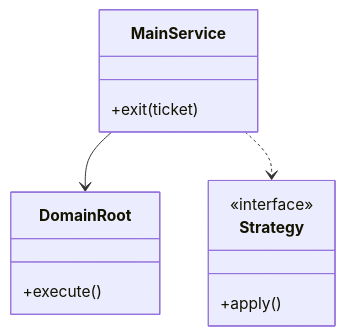
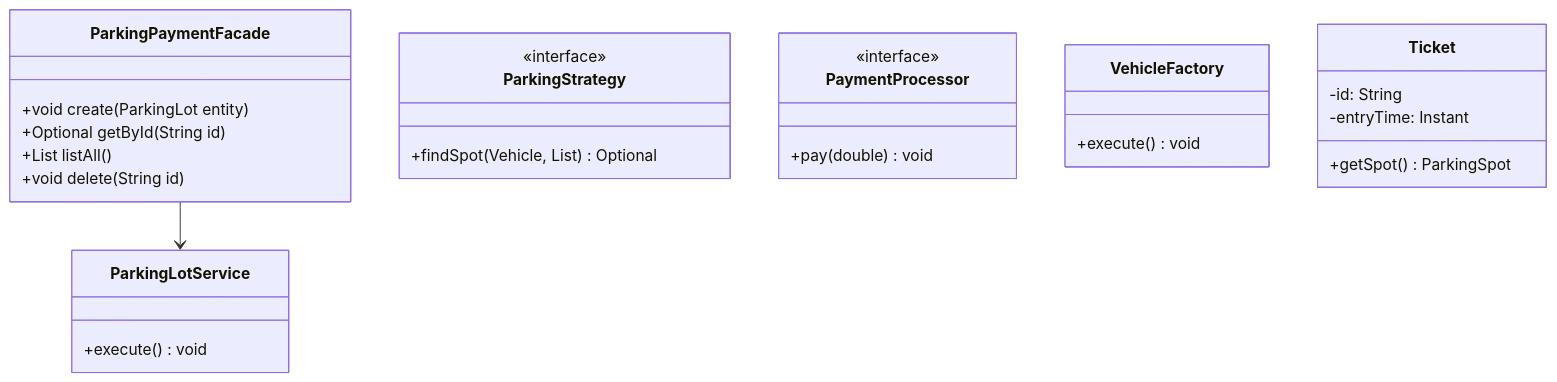
Before and after one commit to madhupaila/Interview-Prep-SSE: the first of 3 diagrams in Learn/System Design - Low Level Design/03-design-patterns/questions/Q25-combo-parking-payment.md, drawn with Mermaid. The commit also changed other lines of this file and 491 other files, not shown here.

````diff
--- a/Learn/System Design - Low Level Design/03-design-patterns/questions/Q25-combo-parking-payment.md
+++ b/Learn/System Design - Low Level Design/03-design-patterns/questions/Q25-combo-parking-payment.md
@@ -74,15 +89,29 @@
 ```mermaid
 classDiagram
-    class MainService {
-        +exit(ticket)
+    class ParkingPaymentFacade {
+        +void create(ParkingLot entity)
+        +Optional<ParkingLot> getById(String id)
+        +List<ParkingLot> listAll()
+        +void delete(String id)
     }
-    class DomainRoot {
-        +execute()
+    class ParkingLotService {
+        +execute() void
     }
-    class Strategy {
+    class ParkingStrategy {
         <<interface>>
-        +apply()
+        +findSpot(Vehicle, List) Optional
     }
-    MainService --> DomainRoot
-    MainService ..> Strategy
+    class PaymentProcessor {
+        <<interface>>
+        +pay(double) void
+    }
+    class VehicleFactory {
+        +execute() void
+    }
+    class Ticket {
+        -id: String
+        -entryTime: Instant
+        +getSpot() ParkingSpot
+    }
+    ParkingPaymentFacade --> ParkingLotService
 ```
````
